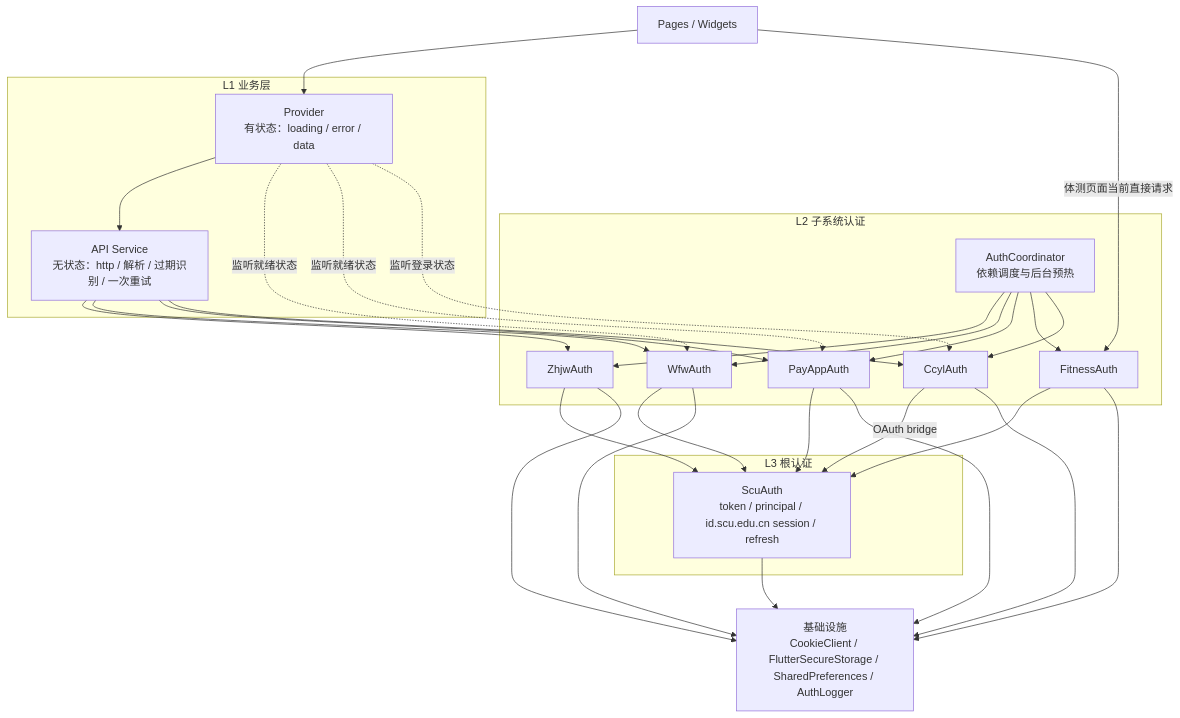
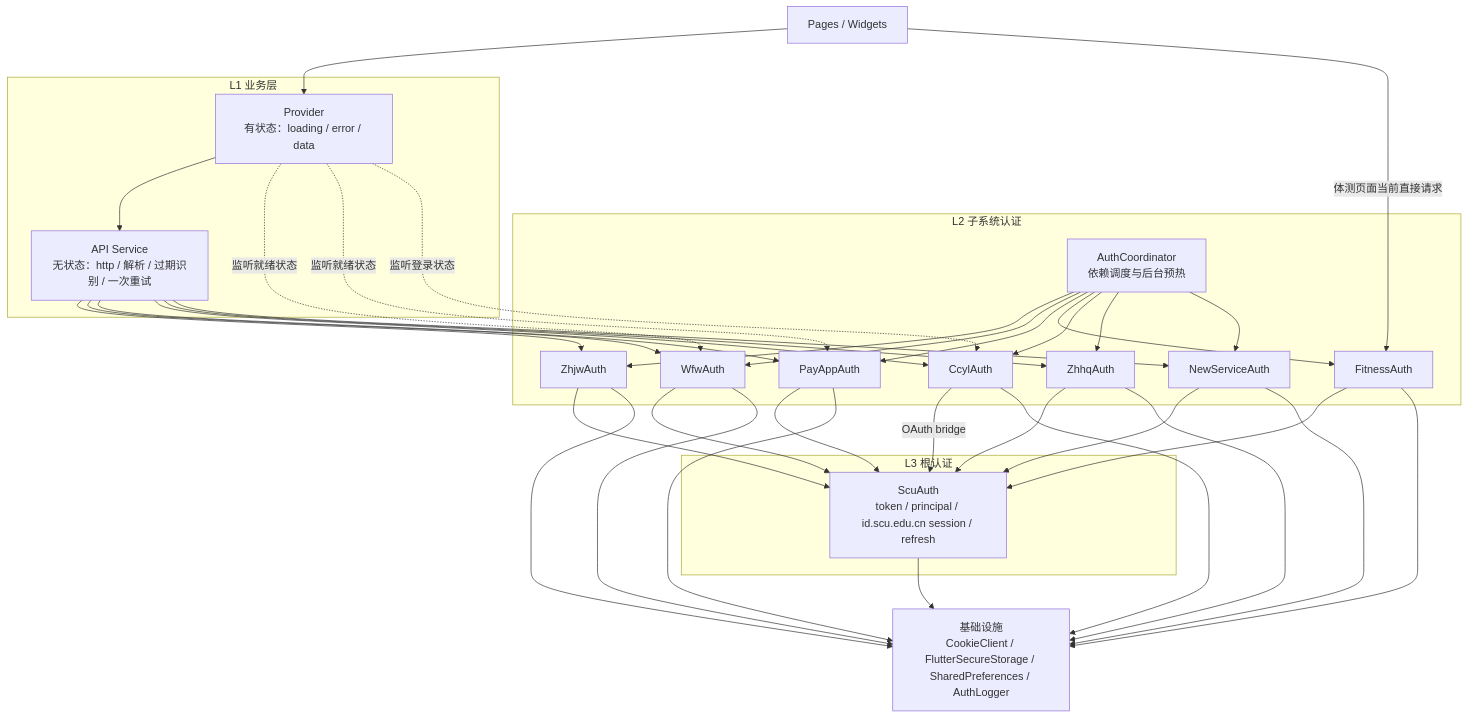
Before and after one commit to The-Brotherhood-of-SCU/Bugaoshan_docs_page: the first of 5 diagrams in docs/develop/architecture/authentication.md, drawn with Mermaid. The commit also changed other lines of this file and 2 other files, not shown here.

````diff
--- a/docs/develop/architecture/authentication.md
+++ b/docs/develop/architecture/authentication.md
@@ -45,51 +47,61 @@
 ```mermaid
 flowchart TB
     UI[Pages / Widgets]
 
     subgraph L1["L1 业务层"]
         P["Provider<br/>有状态：loading / error / data"]
         API["API Service<br/>无状态：http / 解析 / 过期识别 / 一次重试"]
     end
 
     subgraph L2["L2 子系统认证"]
         AC["AuthCoordinator<br/>依赖调度与后台预热"]
         ZA[ZhjwAuth]
         WA[WfwAuth]
         PA[PayAppAuth]
         FA[FitnessAuth]
         CA[CcylAuth]
+        ZHA[ZhhqAuth]
+        NSA[NewServiceAuth]
     end
 
     subgraph L3["L3 根认证"]
         SA["ScuAuth<br/>token / principal / id.scu.edu.cn session / refresh"]
     end
 
     INFRA["基础设施<br/>CookieClient / FlutterSecureStorage / SharedPreferences / AuthLogger"]
 
     UI --> P
     P --> API
     P -.监听就绪状态.-> WA
     P -.监听就绪状态.-> PA
     P -.监听登录状态.-> CA
     API --> ZA
     API --> WA
     API --> PA
     API --> CA
+    API --> ZHA
+    API --> NSA
     UI -->|体测页面当前直接请求| FA
     ZA --> SA
     WA --> SA
     PA --> SA
     FA --> SA
     CA -->|OAuth bridge| SA
+    ZHA --> SA
+    NSA --> SA
     AC --> ZA
     AC --> WA
     AC --> PA
     AC --> FA
     AC --> CA
+    AC --> ZHA
+    AC --> NSA
     SA --> INFRA
     ZA --> INFRA
     WA --> INFRA
     PA --> INFRA
     FA --> INFRA
     CA --> INFRA
+    ZHA --> INFRA
+    NSA --> INFRA
 ```
````
